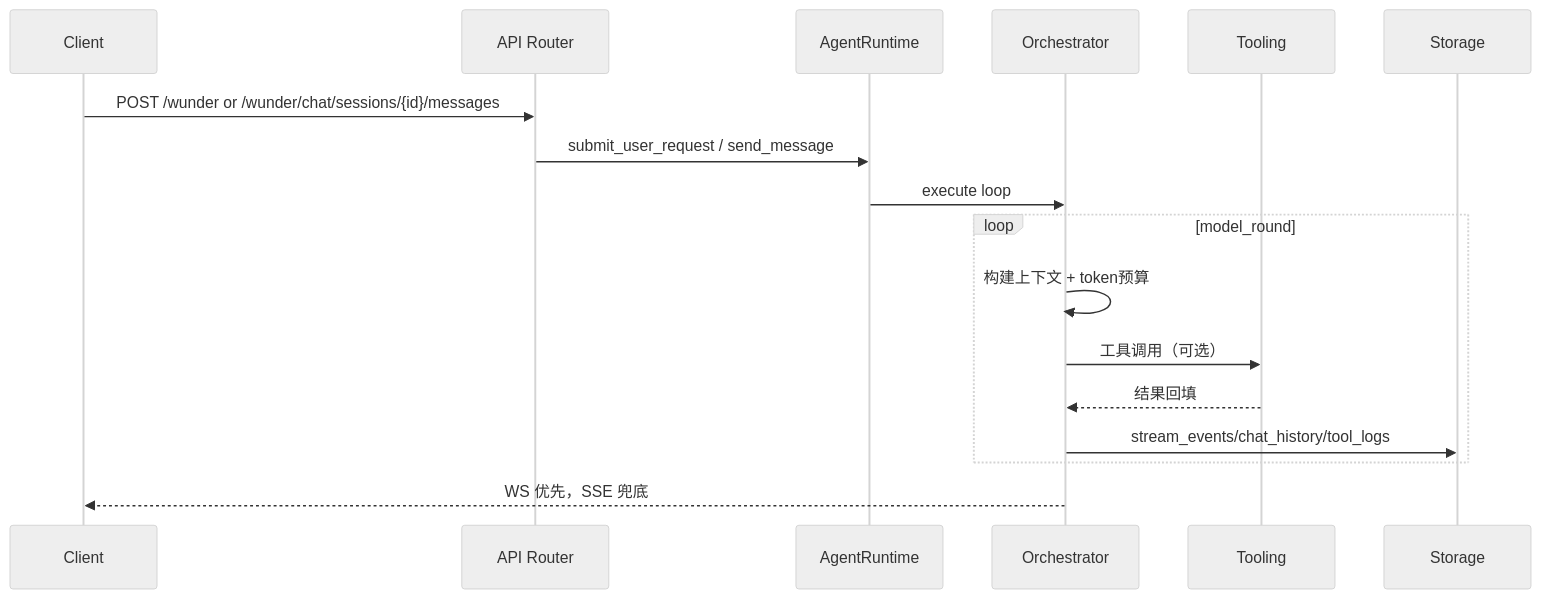
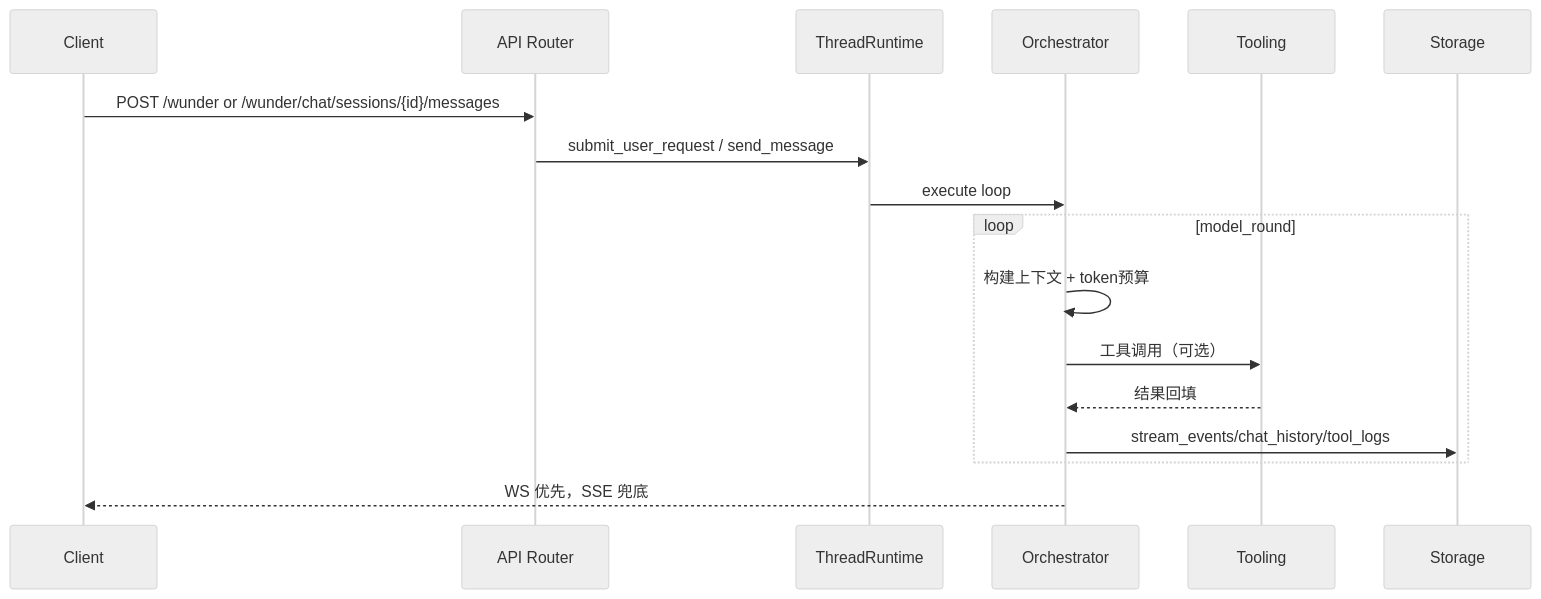
One commit to ylsdamxssjxxdd/wunder changed the second of 5 diagrams in docs/架构设计.md. Above: the diagram before and after it, drawn with Mermaid (neutral theme). The commit also changed other lines of this file and 71 other files, not shown here.

````diff
--- a/docs/架构设计.md
+++ b/docs/架构设计.md
@@ -183,20 +183,20 @@
 ```mermaid
 sequenceDiagram
   participant C as Client
   participant API as API Router
-  participant AR as AgentRuntime
+  participant TR as ThreadRuntime
   participant O as Orchestrator
   participant T as Tooling
   participant S as Storage
 
   C->>API: POST /wunder or /wunder/chat/sessions/{id}/messages
-  API->>AR: submit_user_request / send_message
-  AR->>O: execute loop
+  API->>TR: submit_user_request / send_message
+  TR->>O: execute loop
   loop model_round
     O->>O: 构建上下文 + token预算
     O->>T: 工具调用（可选）
     T-->>O: 结果回填
     O->>S: stream_events/chat_history/tool_logs
   end
   O-->>C: WS 优先，SSE 兜底
 ```
````
